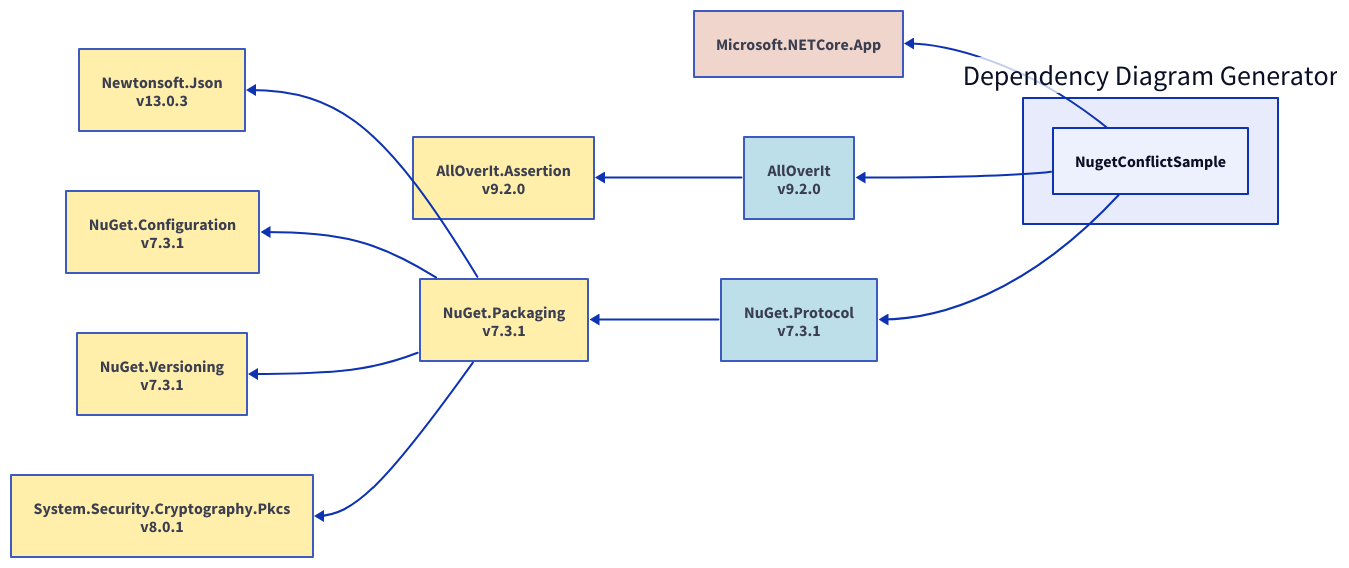
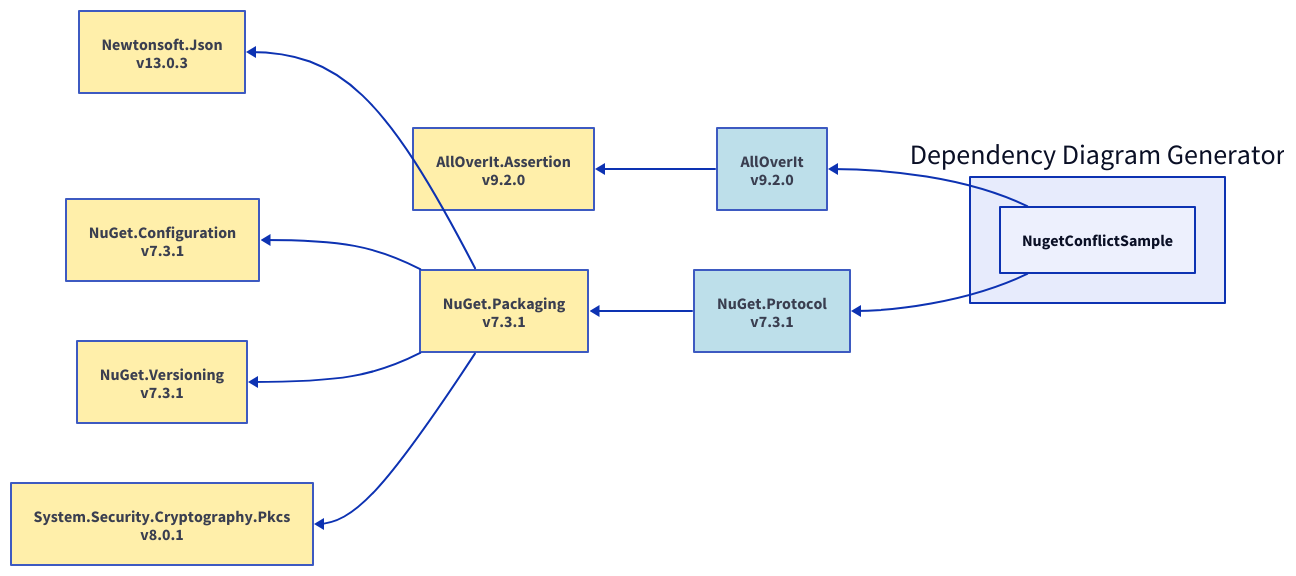
The diagram in Samples/Output/net10.0/d2/nugetconflictsample.d2 (mjfreelancing/SlnDependencyDiagramGenerator), drawn with D2 before and after one commit. The commit also changed 73 other files, not shown here.

```diff
--- a/Samples/Output/net10.0/d2/nugetconflictsample.d2
+++ b/Samples/Output/net10.0/d2/nugetconflictsample.d2
@@ -1,42 +1,38 @@
 direction: left
 
 ddg: Dependency Diagram Generator
 ddg.nugetconflictsample: NugetConflictSample
-microsoft-netcore-app: Microsoft.NETCore.App
 alloverit_9-2-0: AllOverIt\nv9.2.0
 alloverit-assertion_9-2-0: AllOverIt.Assertion\nv9.2.0
 nuget-protocol_7-3-1: NuGet.Protocol\nv7.3.1
 nuget-packaging_7-3-1: NuGet.Packaging\nv7.3.1
 newtonsoft-json_13-0-3: Newtonsoft.Json\nv13.0.3
 nuget-configuration_7-3-1: NuGet.Configuration\nv7.3.1
 nuget-versioning_7-3-1: NuGet.Versioning\nv7.3.1
 system-security-cryptography-pkcs_8-0-1: System.Security.Cryptography.Pkcs\nv8.0.1
-microsoft-netcore-app <- ddg.nugetconflictsample
 alloverit_9-2-0 <- ddg.nugetconflictsample
 alloverit-assertion_9-2-0 <- alloverit_9-2-0
 nuget-protocol_7-3-1 <- ddg.nugetconflictsample
 nuget-packaging_7-3-1 <- nuget-protocol_7-3-1
 newtonsoft-json_13-0-3 <- nuget-packaging_7-3-1
 nuget-configuration_7-3-1 <- nuget-packaging_7-3-1
 nuget-versioning_7-3-1 <- nuget-packaging_7-3-1
 system-security-cryptography-pkcs_8-0-1 <- nuget-packaging_7-3-1
-microsoft-netcore-app.style.fill: "#ECCBC0"
-microsoft-netcore-app.style.opacity: 0.8
 alloverit_9-2-0.style.fill: "#ADD8E6"
 alloverit_9-2-0.style.opacity: 0.8
 alloverit-assertion_9-2-0.style.fill: "#FFEC96"
 alloverit-assertion_9-2-0.style.opacity: 0.8
 nuget-protocol_7-3-1.style.fill: "#ADD8E6"
 nuget-protocol_7-3-1.style.opacity: 0.8
 nuget-packaging_7-3-1.style.fill: "#FFEC96"
 nuget-packaging_7-3-1.style.opacity: 0.8
 newtonsoft-json_13-0-3.style.fill: "#FFEC96"
 newtonsoft-json_13-0-3.style.opacity: 0.8
 nuget-configuration_7-3-1.style.fill: "#FFEC96"
 nuget-configuration_7-3-1.style.opacity: 0.8
 nuget-versioning_7-3-1.style.fill: "#FFEC96"
 nuget-versioning_7-3-1.style.opacity: 0.8
 system-security-cryptography-pkcs_8-0-1.style.fill: "#FFEC96"
 system-security-cryptography-pkcs_8-0-1.style.opacity: 0.8
 ddg.style.fill: "#E7EBFC"
 ddg.style.opacity: 1
```
